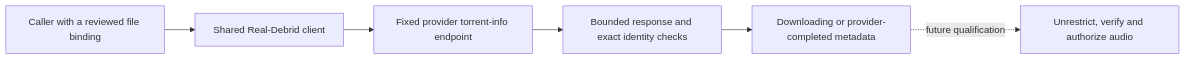
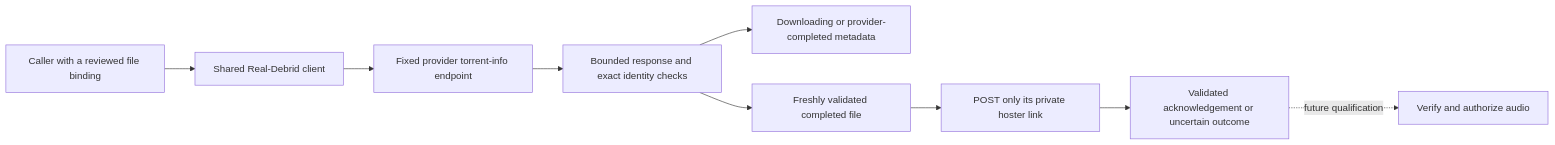
The diagram in docs/debrid-adapters.md (acidiney/hitoapp), drawn with Mermaid before and after one commit. The commit also changed other lines of this file and 2 other files, not shown here.

````diff
--- a/docs/debrid-adapters.md
+++ b/docs/debrid-adapters.md
@@ -9,8 +9,11 @@
 ```mermaid
 flowchart LR
     Caller[Caller with a reviewed file binding] --> Client[Shared Real-Debrid client]
     Client --> API[Fixed provider torrent-info endpoint]
     API --> Check[Bounded response and exact identity checks]
     Check --> Result[Downloading or provider-completed metadata]
-    Result -. future qualification .-> Audio[Unrestrict, verify and authorize audio]
+    Check --> Completed[Freshly validated completed file]
+    Completed --> Unrestrict[POST only its private hoster link]
+    Unrestrict --> Receipt[Validated acknowledgement or uncertain outcome]
+    Receipt -. future qualification .-> Audio[Verify and authorize audio]
 ```
````
